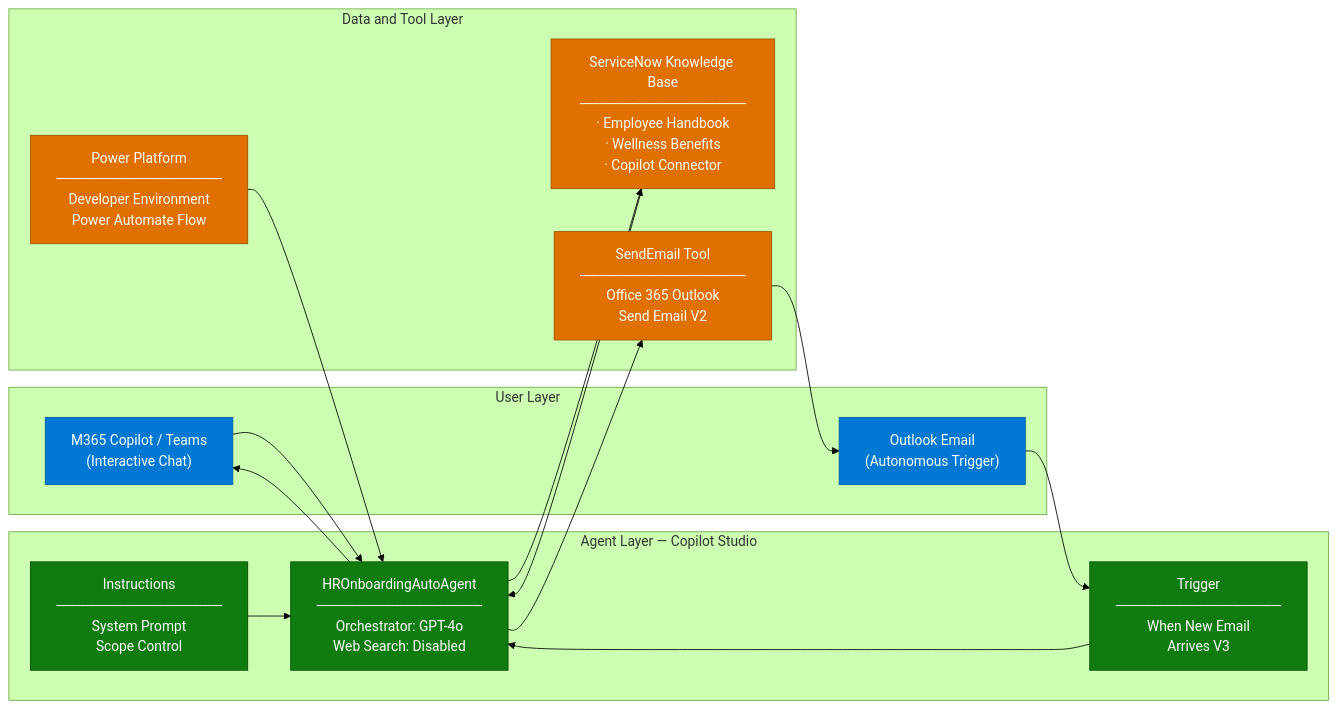
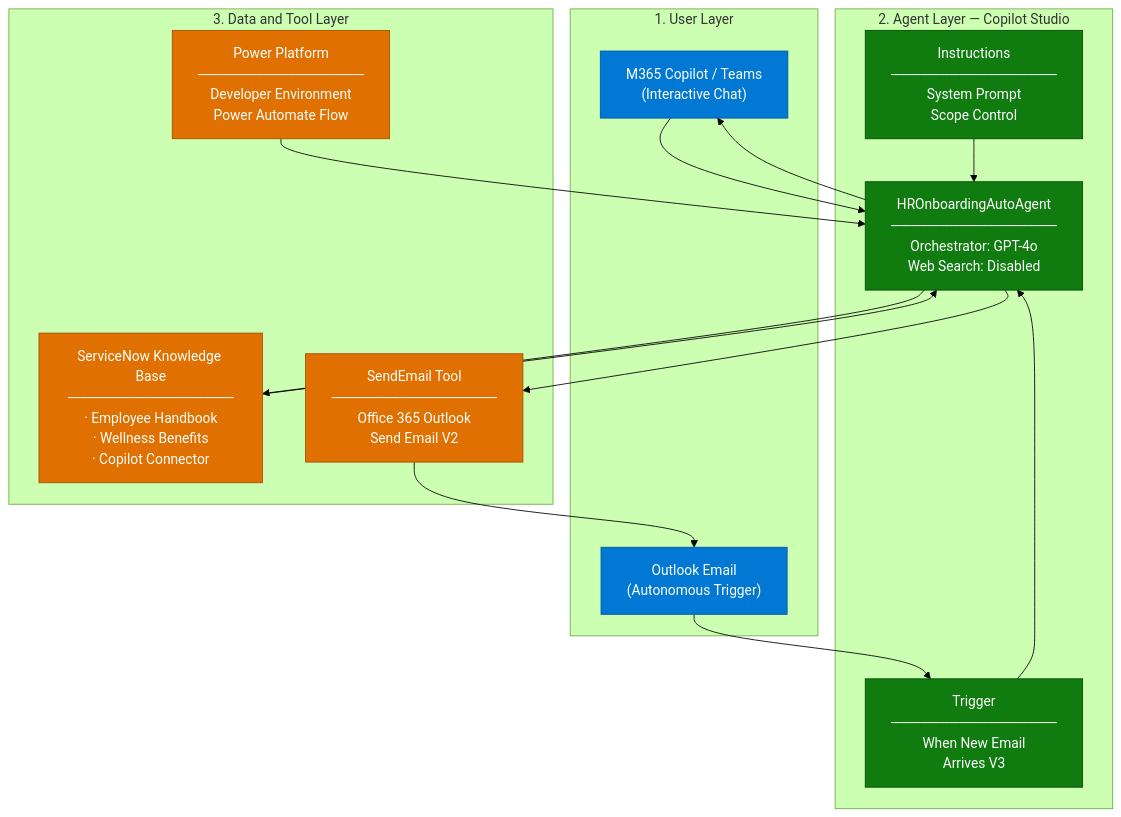
One commit to Seungjin-Ryu/Cloud-Accelerate-Factory-for-Agents-Runbooks changed the first of 3 diagrams in 02-scenarios/HR-Onboarding-Agent/2. Architecture.md. Above: the diagram before and after it, drawn with Mermaid (forest theme).

Commit message:
Update 2. Architecture.md

````diff
--- a/02-scenarios/HR-Onboarding-Agent/2. Architecture.md
+++ b/02-scenarios/HR-Onboarding-Agent/2. Architecture.md
@@ -11,39 +11,39 @@
 ```mermaid
-flowchart LR
-    subgraph USER["User Layer"]
+flowchart TD
+    subgraph USER["1. User Layer"]
         U1["M365 Copilot / Teams<br/>(Interactive Chat)"]
         U2["Outlook Email<br/>(Autonomous Trigger)"]
     end
 
-    subgraph AGENT["Agent Layer — Copilot Studio"]
+    subgraph AGENT["2. Agent Layer — Copilot Studio"]
+        IN["Instructions<br/>─────────────────<br/>System Prompt<br/>Scope Control"]
         AG["HROnboardingAutoAgent<br/>─────────────────<br/>Orchestrator: GPT-4o<br/>Web Search: Disabled"]
         TR["Trigger<br/>─────────────────<br/>When New Email<br/>Arrives V3"]
-        IN["Instructions<br/>─────────────────<br/>System Prompt<br/>Scope Control"]
     end
 
-    subgraph DATA["Data and Tool Layer"]
+    subgraph DATA["3. Data and Tool Layer"]
         KB["ServiceNow Knowledge Base<br/>─────────────────<br/>· Employee Handbook<br/>· Wellness Benefits<br/>· Copilot Connector"]
         TL["SendEmail Tool<br/>─────────────────<br/>Office 365 Outlook<br/>Send Email V2"]
         PP["Power Platform<br/>─────────────────<br/>Developer Environment<br/>Power Automate Flow"]
     end
 
     U1 --> AG
     U2 --> TR
     TR --> AG
+    IN --> AG
     AG --> KB
     KB --> AG
     AG --> TL
     TL --> U2
     AG --> U1
-    IN --> AG
     PP --> AG
 
     style U1 fill:#0078D4,color:#fff,stroke:#005A9E
     style U2 fill:#0078D4,color:#fff,stroke:#005A9E
     style AG fill:#107C10,color:#fff,stroke:#004B00
     style TR fill:#107C10,color:#fff,stroke:#004B00
     style IN fill:#107C10,color:#fff,stroke:#004B00
     style KB fill:#E07000,color:#fff,stroke:#A05000
     style TL fill:#E07000,color:#fff,stroke:#A05000
     style PP fill:#E07000,color:#fff,stroke:#A05000
 ```
````
